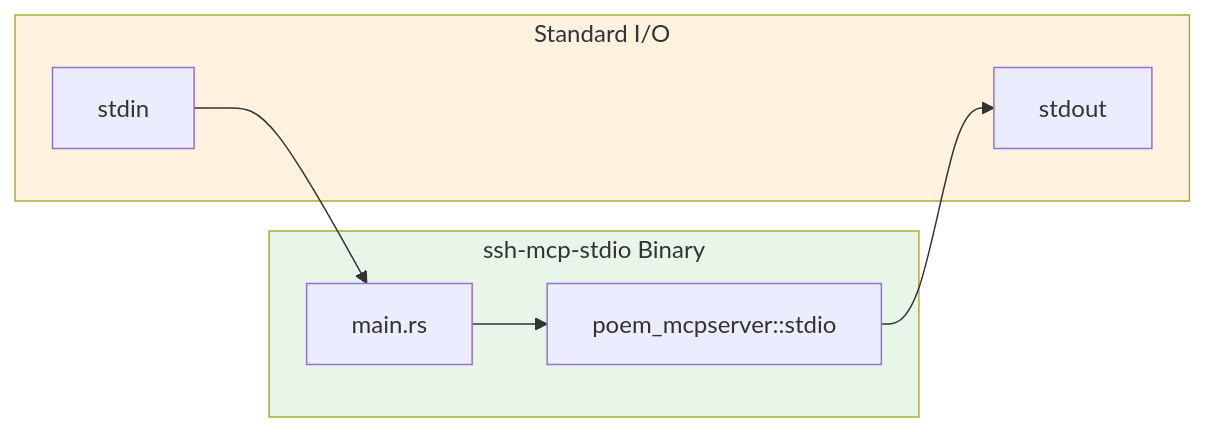
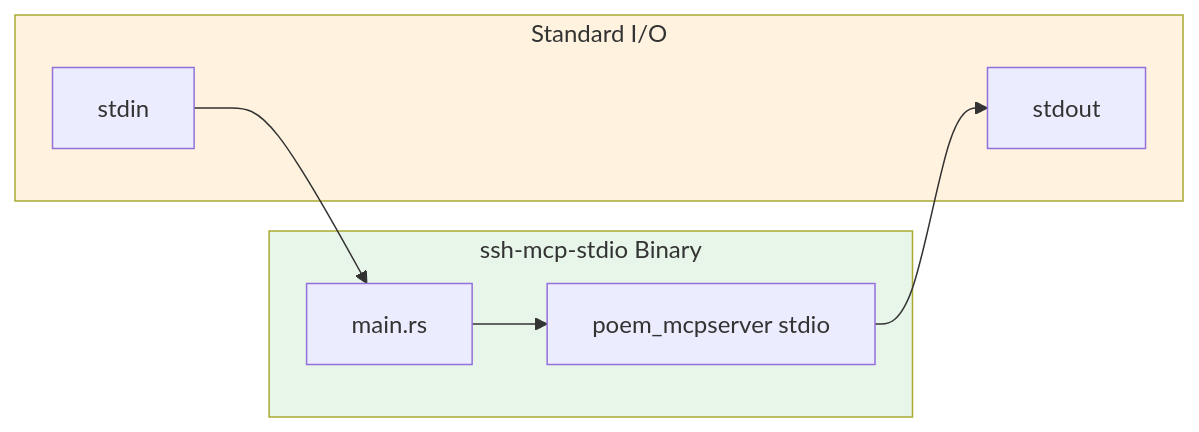
The eighth of 9 diagrams in docs/ARCHITECTURE.md (farchanjo/ssh-mcp), drawn with Mermaid before and after one commit. The commit also changed other lines of this file, not shown here.

First line of the commit message:
docs(architecture): update for new modular structure with russh

````diff
--- a/docs/ARCHITECTURE.md
+++ b/docs/ARCHITECTURE.md
@@ -350,19 +476,19 @@
 ```mermaid
 flowchart LR
     subgraph Binary["ssh-mcp-stdio Binary"]
         Main["main.rs"]
-        Stdio["poem_mcpserver::stdio"]
+        Stdio["poem_mcpserver stdio"]
     end
 
     subgraph IO["Standard I/O"]
         STDIN["stdin"]
         STDOUT["stdout"]
     end
 
     STDIN --> Main
     Main --> Stdio
     Stdio --> STDOUT
 
     style Binary fill:#e8f5e9
     style IO fill:#fff3e0
 ```
````
